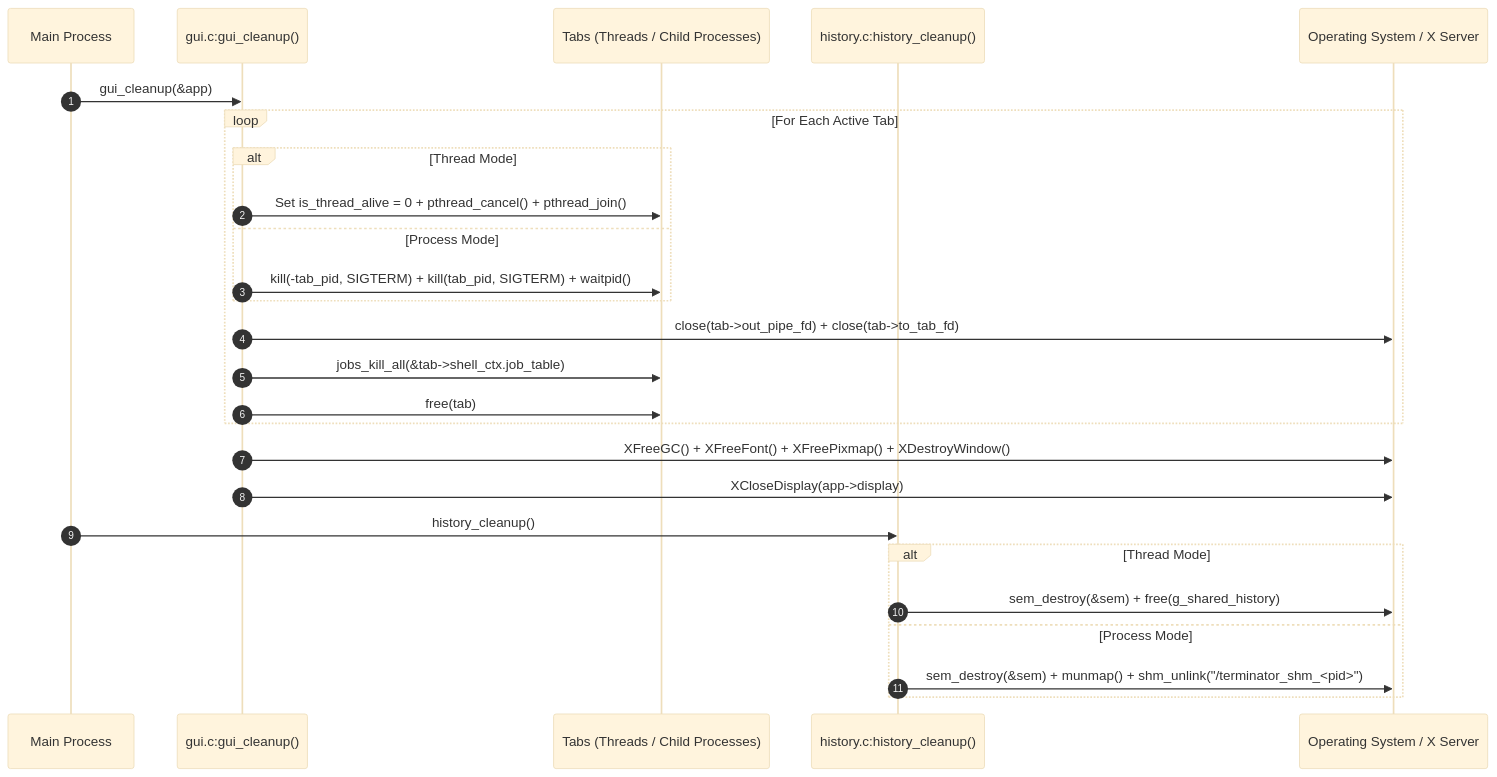
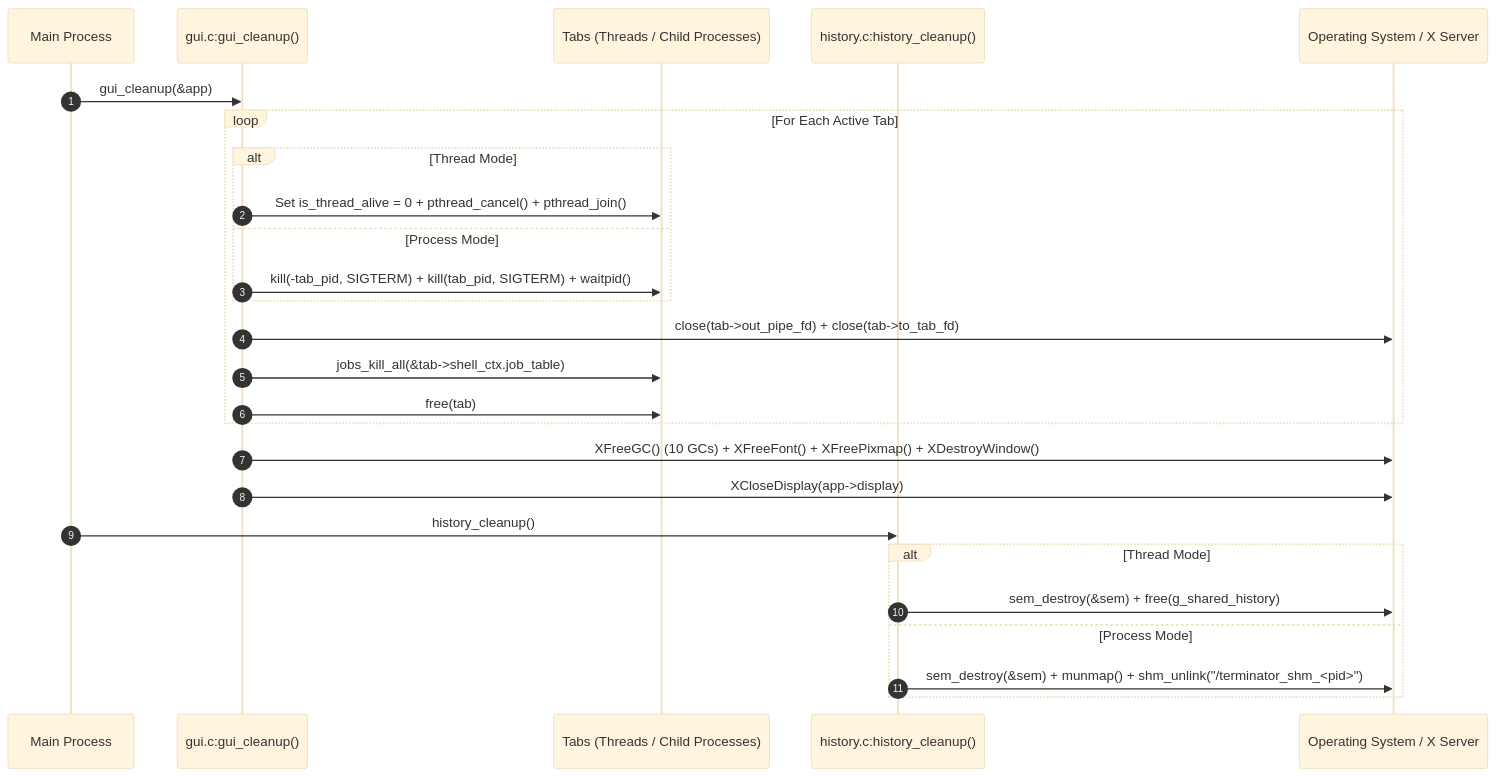
The eighth of 8 diagrams in DESIGN.md (littleboy3012/Terminator), drawn with Mermaid (base theme) before and after one commit. The commit also changed other lines of this file, not shown here.

````diff
--- a/DESIGN.md
+++ b/DESIGN.md
@@ -521,29 +540,29 @@
 ```mermaid
 sequenceDiagram
     autonumber
     participant App as Main Process
     participant GUI as gui.c:gui_cleanup()
     participant Tab as Tabs (Threads / Child Processes)
     participant Hist as history.c:history_cleanup()
     participant OS as Operating System / X Server
 
     App->>GUI: gui_cleanup(&app)
     loop For Each Active Tab
         alt Thread Mode
             GUI->>Tab: Set is_thread_alive = 0 + pthread_cancel() + pthread_join()
         else Process Mode
             GUI->>Tab: kill(-tab_pid, SIGTERM) + kill(tab_pid, SIGTERM) + waitpid()
         end
         GUI->>OS: close(tab->out_pipe_fd) + close(tab->to_tab_fd)
         GUI->>Tab: jobs_kill_all(&tab->shell_ctx.job_table)
         GUI->>Tab: free(tab)
     end
-    GUI->>OS: XFreeGC() + XFreeFont() + XFreePixmap() + XDestroyWindow()
+    GUI->>OS: XFreeGC() (10 GCs) + XFreeFont() + XFreePixmap() + XDestroyWindow()
     GUI->>OS: XCloseDisplay(app->display)
     App->>Hist: history_cleanup()
     alt Thread Mode
         Hist->>OS: sem_destroy(&sem) + free(g_shared_history)
     else Process Mode
         Hist->>OS: sem_destroy(&sem) + munmap() + shm_unlink("/terminator_shm_<pid>")
     end
 ```
````
